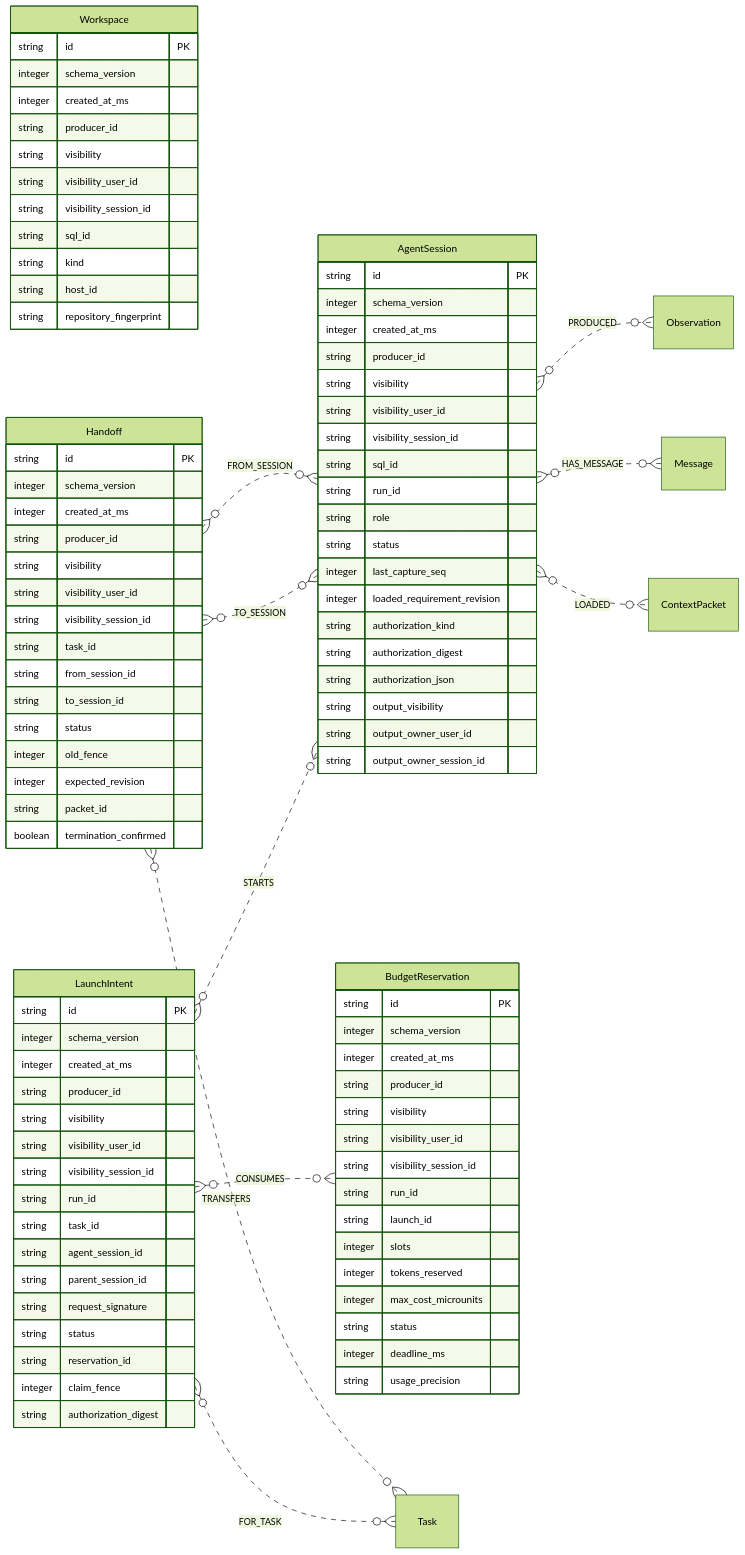
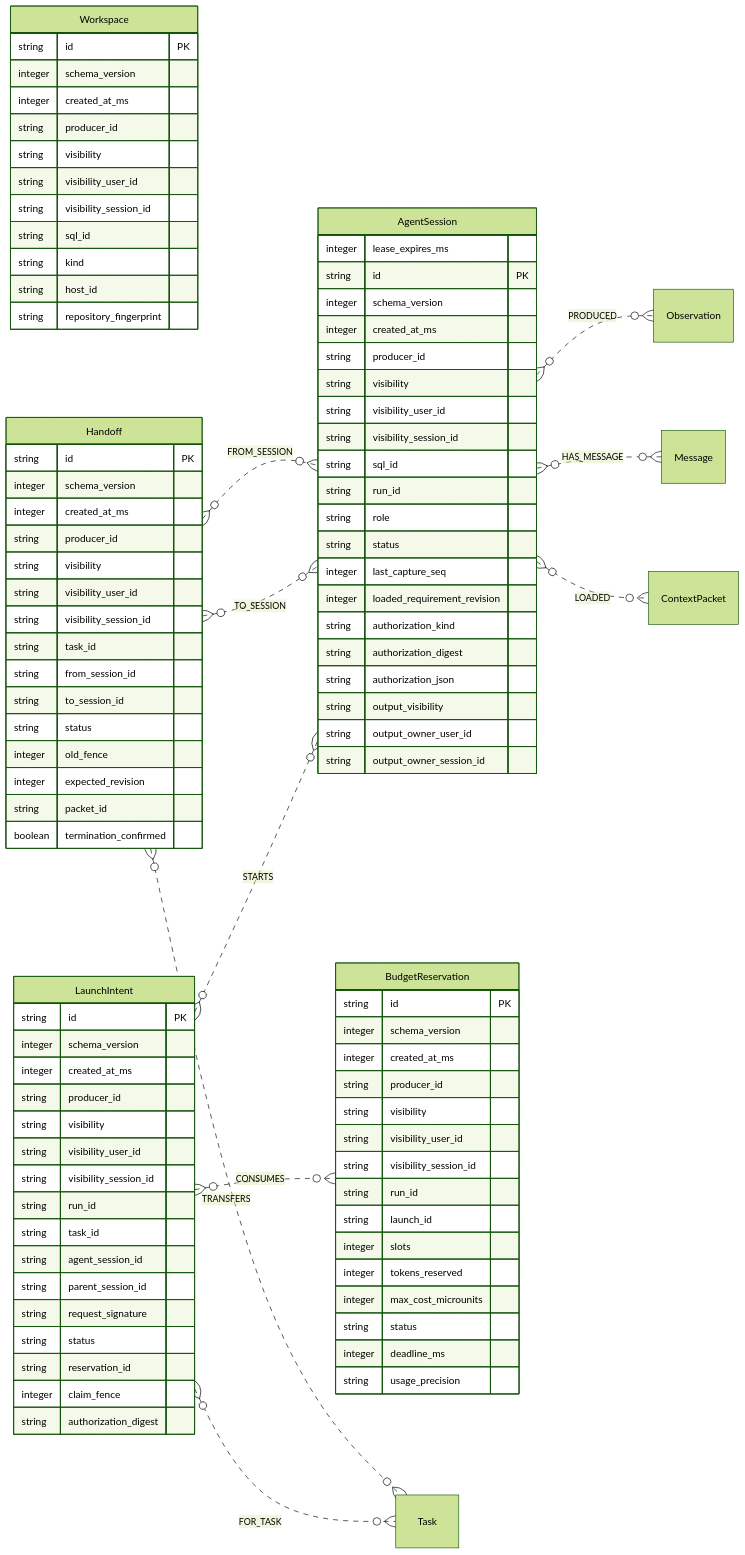
Before and after one commit to kuriyaldivyanshu/falkorDB-Hackathon: the diagram in archive/plans/diagrams/graph-execution.mmd, drawn with Mermaid (forest theme). The commit also changed 100 other files, not shown here.

```diff
--- a/archive/plans/diagrams/graph-execution.mmd
+++ b/archive/plans/diagrams/graph-execution.mmd
@@ -1,98 +1,99 @@
 erDiagram
     direction LR
     %% Graph edges are associations; exact multiplicities are in the graph dictionary.
     Workspace {
         string id PK
         integer schema_version
         integer created_at_ms
         string producer_id
         string visibility
         string visibility_user_id
         string visibility_session_id
         string sql_id
         string kind
         string host_id
         string repository_fingerprint
     }
     AgentSession {
+        integer lease_expires_ms
         string id PK
         integer schema_version
         integer created_at_ms
         string producer_id
         string visibility
         string visibility_user_id
         string visibility_session_id
         string sql_id
         string run_id
         string role
         string status
         integer last_capture_seq
         integer loaded_requirement_revision
         string authorization_kind
         string authorization_digest
         string authorization_json
         string output_visibility
         string output_owner_user_id
         string output_owner_session_id
     }
     Handoff {
         string id PK
         integer schema_version
         integer created_at_ms
         string producer_id
         string visibility
         string visibility_user_id
         string visibility_session_id
         string task_id
         string from_session_id
         string to_session_id
         string status
         integer old_fence
         integer expected_revision
         string packet_id
         boolean termination_confirmed
     }
     BudgetReservation {
         string id PK
         integer schema_version
         integer created_at_ms
         string producer_id
         string visibility
         string visibility_user_id
         string visibility_session_id
         string run_id
         string launch_id
         integer slots
         integer tokens_reserved
         integer max_cost_microunits
         string status
         integer deadline_ms
         string usage_precision
     }
     LaunchIntent {
         string id PK
         integer schema_version
         integer created_at_ms
         string producer_id
         string visibility
         string visibility_user_id
         string visibility_session_id
         string run_id
         string task_id
         string agent_session_id
         string parent_session_id
         string request_signature
         string status
         string reservation_id
         integer claim_fence
         string authorization_digest
     }
     AgentSession }o..o{ Observation : "PRODUCED"
     AgentSession }o..o{ Message : "HAS_MESSAGE"
     AgentSession }o..o{ ContextPacket : "LOADED"
     Handoff }o..o{ Task : "TRANSFERS"
     Handoff }o..o{ AgentSession : "FROM_SESSION"
     Handoff }o..o{ AgentSession : "TO_SESSION"
     LaunchIntent }o..o{ BudgetReservation : "CONSUMES"
     LaunchIntent }o..o{ AgentSession : "STARTS"
     LaunchIntent }o..o{ Task : "FOR_TASK"
```
